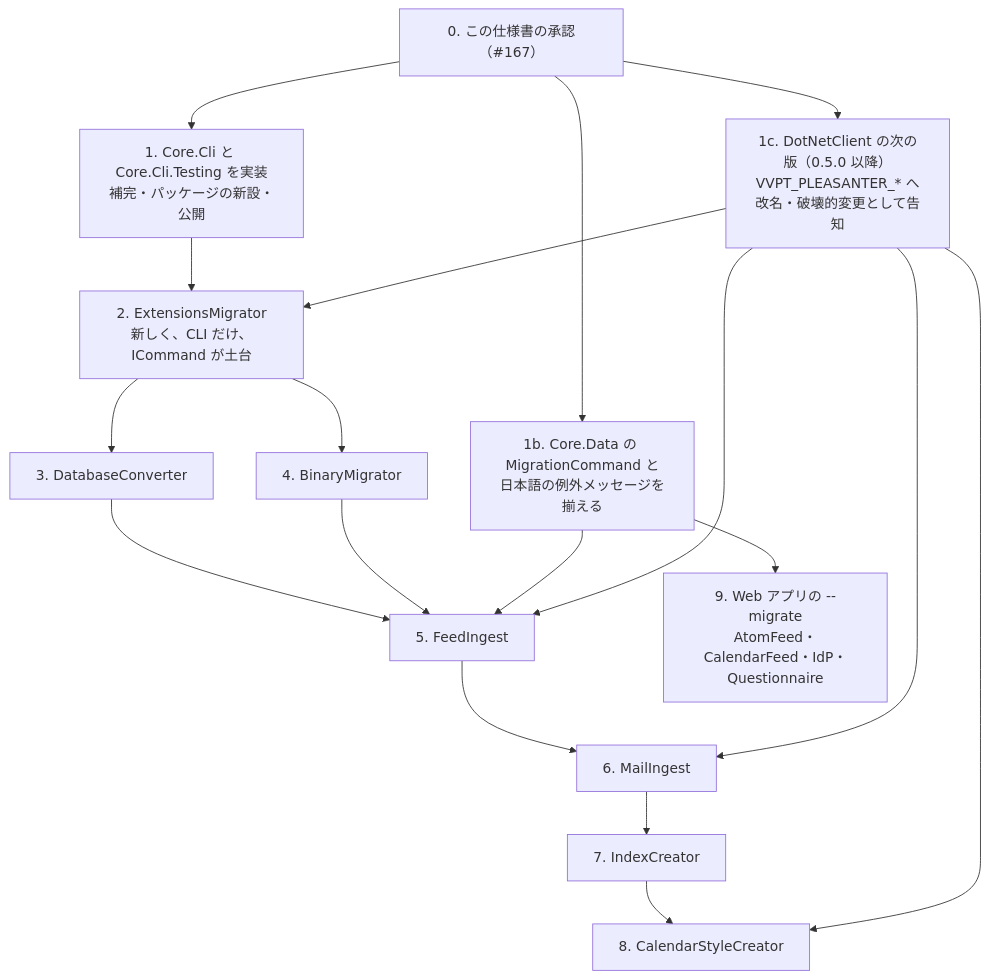
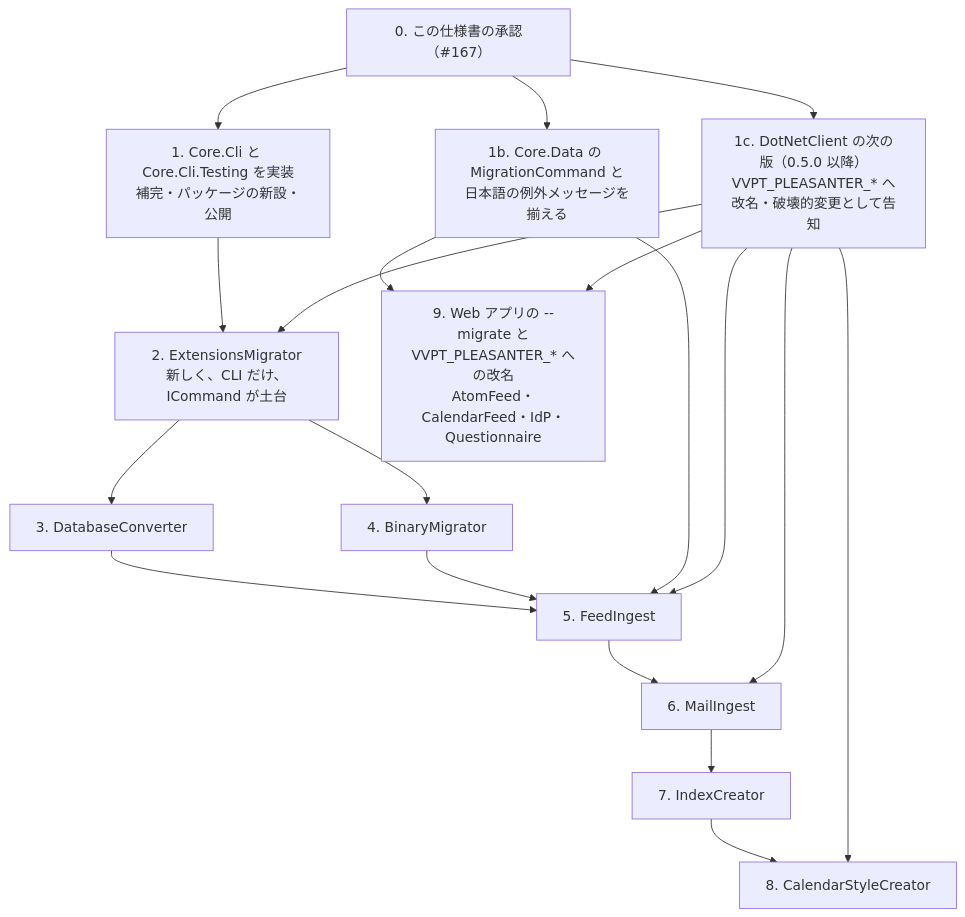
Before and after one commit to vehiclevisionjp/VehicleVision.PleasanterTools.Core: the third of 3 diagrams in _documents/CLIの共通仕様書.md, drawn with Mermaid. The commit also changed other lines of this file and 6 other files, not shown here.

````diff
--- a/_documents/CLIの共通仕様書.md
+++ b/_documents/CLIの共通仕様書.md
@@ -944,20 +993,21 @@
 ```mermaid
 flowchart TD
     S0["0. この仕様書の承認（#167）"] --> S1["1. Core.Cli と Core.Cli.Testing を実装<br/>補完・パッケージの新設・公開"]
     S0 --> S1b["1b. Core.Data の MigrationCommand と<br/>日本語の例外メッセージを揃える"]
     S0 --> D["1c. DotNetClient の次の版（0.5.0 以降）<br/>VVPT_PLEASANTER_* へ改名・破壊的変更として告知"]
     S1 --> S2["2. ExtensionsMigrator<br/>新しく、CLI だけ、ICommand が土台"]
     D --> S2
     S2 --> S3["3. DatabaseConverter"]
     S2 --> S4["4. BinaryMigrator"]
     S3 --> S5["5. FeedIngest"]
     S4 --> S5
     S1b --> S5
     D --> S5
     S5 --> S6["6. MailIngest"]
     D --> S6
     S6 --> S7["7. IndexCreator"]
     S7 --> S8["8. CalendarStyleCreator"]
     D --> S8
-    S1b --> S9["9. Web アプリの --migrate<br/>AtomFeed・CalendarFeed・IdP・Questionnaire"]
+    S1b --> S9["9. Web アプリの --migrate と<br/>VVPT_PLEASANTER_* への改名<br/>AtomFeed・CalendarFeed・IdP・Questionnaire"]
+    D --> S9
 ```
````
